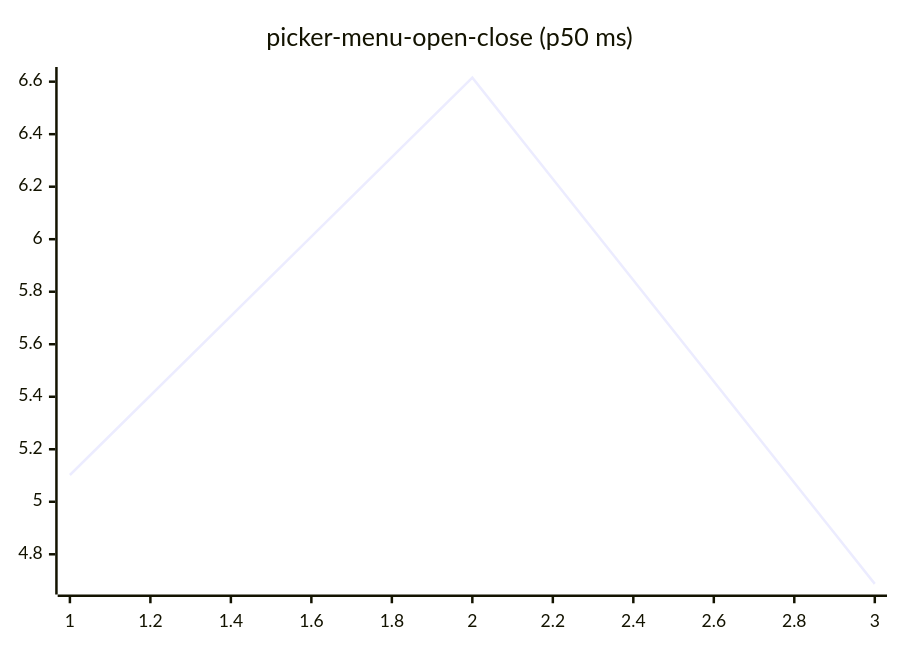
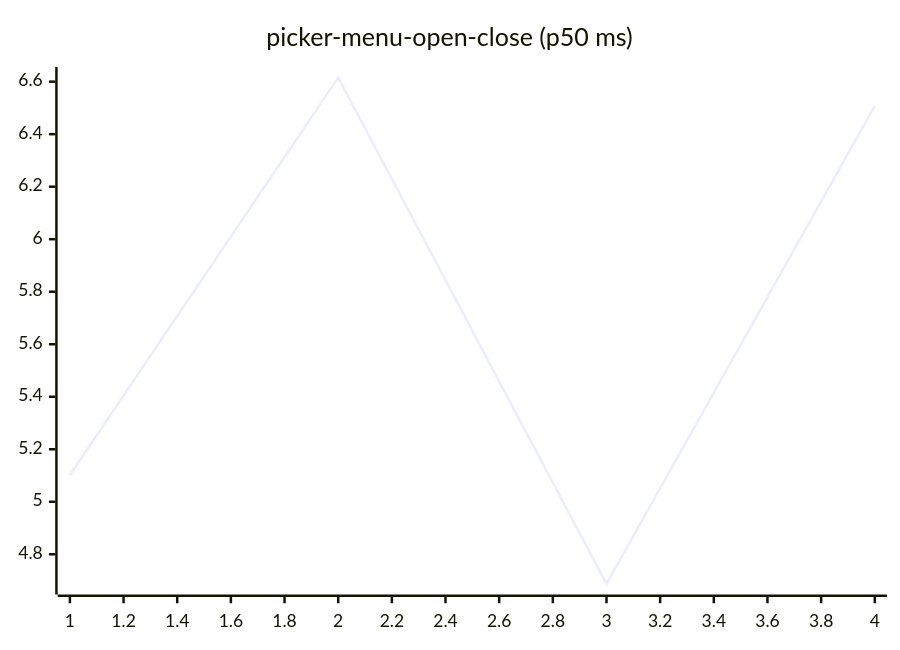
Diagram 16 of 27 in README.md (josha/Facet), drawn with Mermaid before and after one commit. The commit also changed other lines of this file and 2 other files, not shown here.

````diff
--- a/README.md
+++ b/README.md
@@ -168,6 +168,6 @@
 ```mermaid
 xychart-beta
     title "picker-menu-open-close (p50 ms)"
-    x-axis 1 --> 3
-    line [5.1020, 6.6154, 4.6873]
+    x-axis 1 --> 4
+    line [5.1020, 6.6154, 4.6873, 6.5076]
 ```
````
